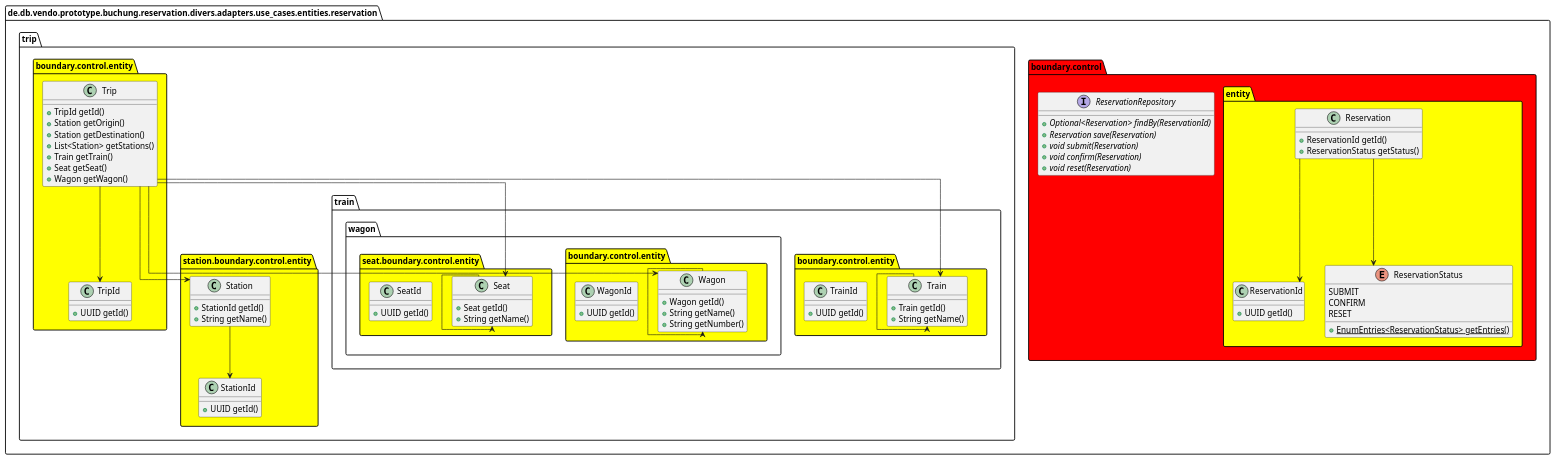
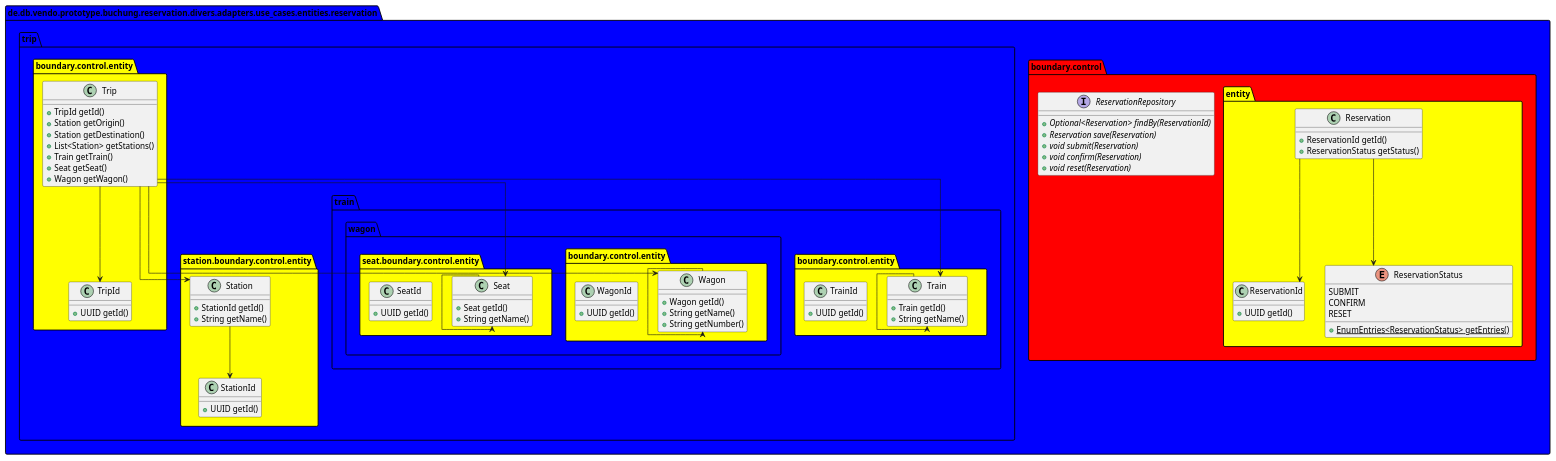
The diagram in doc/uml/puml/er-model.puml (punkratz312/reservation-proto), drawn with PlantUML before and after one commit. The commit also changed 12 other files, not shown here.

```diff
--- a/doc/uml/puml/er-model.puml
+++ b/doc/uml/puml/er-model.puml
@@ -1,91 +1,107 @@
 @startuml
 !pragma useIntermediatePackages false
 skinparam linetype ortho
 show stereotype
+package divers as de.db.vendo.prototype.buchung.reservation.divers #blue {}
+package adapters as de.db.vendo.prototype.buchung.reservation.divers.adapters #blue {}
+package use_cases as de.db.vendo.prototype.buchung.reservation.divers.adapters.use_cases #blue {}
+package entities as de.db.vendo.prototype.buchung.reservation.divers.adapters.use_cases.entities #blue {}
+package reservation as de.db.vendo.prototype.buchung.reservation.divers.adapters.use_cases.entities.reservation #blue {}
+package boundary as de.db.vendo.prototype.buchung.reservation.divers.adapters.use_cases.entities.reservation.boundary #gray {}
 package control as de.db.vendo.prototype.buchung.reservation.divers.adapters.use_cases.entities.reservation.boundary.control #red {}
 package entity as de.db.vendo.prototype.buchung.reservation.divers.adapters.use_cases.entities.reservation.boundary.control.entity #yellow {}
+package trip as de.db.vendo.prototype.buchung.reservation.divers.adapters.use_cases.entities.reservation.trip #blue {}
+package boundary as de.db.vendo.prototype.buchung.reservation.divers.adapters.use_cases.entities.reservation.trip.boundary #gray {}
 package control as de.db.vendo.prototype.buchung.reservation.divers.adapters.use_cases.entities.reservation.trip.boundary.control #red {}
 package entity as de.db.vendo.prototype.buchung.reservation.divers.adapters.use_cases.entities.reservation.trip.boundary.control.entity #yellow {}
+package station as de.db.vendo.prototype.buchung.reservation.divers.adapters.use_cases.entities.reservation.trip.station #blue {}
+package boundary as de.db.vendo.prototype.buchung.reservation.divers.adapters.use_cases.entities.reservation.trip.station.boundary #gray {}
 package control as de.db.vendo.prototype.buchung.reservation.divers.adapters.use_cases.entities.reservation.trip.station.boundary.control #red {}
 package entity as de.db.vendo.prototype.buchung.reservation.divers.adapters.use_cases.entities.reservation.trip.station.boundary.control.entity #yellow {}
+package train as de.db.vendo.prototype.buchung.reservation.divers.adapters.use_cases.entities.reservation.trip.train #blue {}
+package boundary as de.db.vendo.prototype.buchung.reservation.divers.adapters.use_cases.entities.reservation.trip.train.boundary #gray {}
 package control as de.db.vendo.prototype.buchung.reservation.divers.adapters.use_cases.entities.reservation.trip.train.boundary.control #red {}
 package entity as de.db.vendo.prototype.buchung.reservation.divers.adapters.use_cases.entities.reservation.trip.train.boundary.control.entity #yellow {}
+package wagon as de.db.vendo.prototype.buchung.reservation.divers.adapters.use_cases.entities.reservation.trip.train.wagon #blue {}
+package boundary as de.db.vendo.prototype.buchung.reservation.divers.adapters.use_cases.entities.reservation.trip.train.wagon.boundary #gray {}
 package control as de.db.vendo.prototype.buchung.reservation.divers.adapters.use_cases.entities.reservation.trip.train.wagon.boundary.control #red {}
 package entity as de.db.vendo.prototype.buchung.reservation.divers.adapters.use_cases.entities.reservation.trip.train.wagon.boundary.control.entity #yellow {}
+package seat as de.db.vendo.prototype.buchung.reservation.divers.adapters.use_cases.entities.reservation.trip.train.wagon.seat #blue {}
+package boundary as de.db.vendo.prototype.buchung.reservation.divers.adapters.use_cases.entities.reservation.trip.train.wagon.seat.boundary #gray {}
 package control as de.db.vendo.prototype.buchung.reservation.divers.adapters.use_cases.entities.reservation.trip.train.wagon.seat.boundary.control #red {}
 package entity as de.db.vendo.prototype.buchung.reservation.divers.adapters.use_cases.entities.reservation.trip.train.wagon.seat.boundary.control.entity #yellow {}
 
 interface "ReservationRepository" as de.db.vendo.prototype.buchung.reservation.divers.adapters.use_cases.entities.reservation.boundary.control.ReservationRepository {
   + {abstract}Optional<Reservation> findBy(ReservationId)
   + {abstract}Reservation save(Reservation)
   + {abstract}void submit(Reservation)
   + {abstract}void confirm(Reservation)
   + {abstract}void reset(Reservation)
 }
 class "Reservation" as de.db.vendo.prototype.buchung.reservation.divers.adapters.use_cases.entities.reservation.boundary.control.entity.Reservation {
   +ReservationId getId()
   +ReservationStatus getStatus()
 }
 class "ReservationId" as de.db.vendo.prototype.buchung.reservation.divers.adapters.use_cases.entities.reservation.boundary.control.entity.ReservationId {
   +UUID getId()
 }
 enum "ReservationStatus" as de.db.vendo.prototype.buchung.reservation.divers.adapters.use_cases.entities.reservation.boundary.control.entity.ReservationStatus {
   SUBMIT
   CONFIRM
   RESET
   __
   + {static}EnumEntries<ReservationStatus> getEntries()
 }
 class "Trip" as de.db.vendo.prototype.buchung.reservation.divers.adapters.use_cases.entities.reservation.trip.boundary.control.entity.Trip {
   +TripId getId()
   +Station getOrigin()
   +Station getDestination()
   +List<Station> getStations()
   +Train getTrain()
   +Seat getSeat()
   +Wagon getWagon()
 }
 class "TripId" as de.db.vendo.prototype.buchung.reservation.divers.adapters.use_cases.entities.reservation.trip.boundary.control.entity.TripId {
   +UUID getId()
 }
 class "Station" as de.db.vendo.prototype.buchung.reservation.divers.adapters.use_cases.entities.reservation.trip.station.boundary.control.entity.Station {
   +StationId getId()
   +String getName()
 }
 class "StationId" as de.db.vendo.prototype.buchung.reservation.divers.adapters.use_cases.entities.reservation.trip.station.boundary.control.entity.StationId {
   +UUID getId()
 }
 class "Train" as de.db.vendo.prototype.buchung.reservation.divers.adapters.use_cases.entities.reservation.trip.train.boundary.control.entity.Train {
   +Train getId()
   +String getName()
 }
 class "TrainId" as de.db.vendo.prototype.buchung.reservation.divers.adapters.use_cases.entities.reservation.trip.train.boundary.control.entity.TrainId {
   +UUID getId()
 }
 class "Wagon" as de.db.vendo.prototype.buchung.reservation.divers.adapters.use_cases.entities.reservation.trip.train.wagon.boundary.control.entity.Wagon {
   +Wagon getId()
   +String getName()
   +String getNumber()
 }
 class "WagonId" as de.db.vendo.prototype.buchung.reservation.divers.adapters.use_cases.entities.reservation.trip.train.wagon.boundary.control.entity.WagonId {
   +UUID getId()
 }
 class "Seat" as de.db.vendo.prototype.buchung.reservation.divers.adapters.use_cases.entities.reservation.trip.train.wagon.seat.boundary.control.entity.Seat {
   +Seat getId()
   +String getName()
 }
 class "SeatId" as de.db.vendo.prototype.buchung.reservation.divers.adapters.use_cases.entities.reservation.trip.train.wagon.seat.boundary.control.entity.SeatId {
   +UUID getId()
 }
 de.db.vendo.prototype.buchung.reservation.divers.adapters.use_cases.entities.reservation.boundary.control.entity.Reservation --> de.db.vendo.prototype.buchung.reservation.divers.adapters.use_cases.entities.reservation.boundary.control.entity.ReservationId
 de.db.vendo.prototype.buchung.reservation.divers.adapters.use_cases.entities.reservation.boundary.control.entity.Reservation --> de.db.vendo.prototype.buchung.reservation.divers.adapters.use_cases.entities.reservation.boundary.control.entity.ReservationStatus
 de.db.vendo.prototype.buchung.reservation.divers.adapters.use_cases.entities.reservation.trip.boundary.control.entity.Trip --> de.db.vendo.prototype.buchung.reservation.divers.adapters.use_cases.entities.reservation.trip.boundary.control.entity.TripId
 de.db.vendo.prototype.buchung.reservation.divers.adapters.use_cases.entities.reservation.trip.boundary.control.entity.Trip --> de.db.vendo.prototype.buchung.reservation.divers.adapters.use_cases.entities.reservation.trip.station.boundary.control.entity.Station
 de.db.vendo.prototype.buchung.reservation.divers.adapters.use_cases.entities.reservation.trip.boundary.control.entity.Trip --> de.db.vendo.prototype.buchung.reservation.divers.adapters.use_cases.entities.reservation.trip.train.wagon.seat.boundary.control.entity.Seat
 de.db.vendo.prototype.buchung.reservation.divers.adapters.use_cases.entities.reservation.trip.boundary.control.entity.Trip --> de.db.vendo.prototype.buchung.reservation.divers.adapters.use_cases.entities.reservation.trip.train.boundary.control.entity.Train
 de.db.vendo.prototype.buchung.reservation.divers.adapters.use_cases.entities.reservation.trip.boundary.control.entity.Trip --> de.db.vendo.prototype.buchung.reservation.divers.adapters.use_cases.entities.reservation.trip.train.wagon.boundary.control.entity.Wagon
 de.db.vendo.prototype.buchung.reservation.divers.adapters.use_cases.entities.reservation.trip.station.boundary.control.entity.Station --> de.db.vendo.prototype.buchung.reservation.divers.adapters.use_cases.entities.reservation.trip.station.boundary.control.entity.StationId
 de.db.vendo.prototype.buchung.reservation.divers.adapters.use_cases.entities.reservation.trip.train.boundary.control.entity.Train --> de.db.vendo.prototype.buchung.reservation.divers.adapters.use_cases.entities.reservation.trip.train.boundary.control.entity.Train
 de.db.vendo.prototype.buchung.reservation.divers.adapters.use_cases.entities.reservation.trip.train.wagon.boundary.control.entity.Wagon --> de.db.vendo.prototype.buchung.reservation.divers.adapters.use_cases.entities.reservation.trip.train.wagon.boundary.control.entity.Wagon
 de.db.vendo.prototype.buchung.reservation.divers.adapters.use_cases.entities.reservation.trip.train.wagon.seat.boundary.control.entity.Seat --> de.db.vendo.prototype.buchung.reservation.divers.adapters.use_cases.entities.reservation.trip.train.wagon.seat.boundary.control.entity.Seat
 @enduml
```
